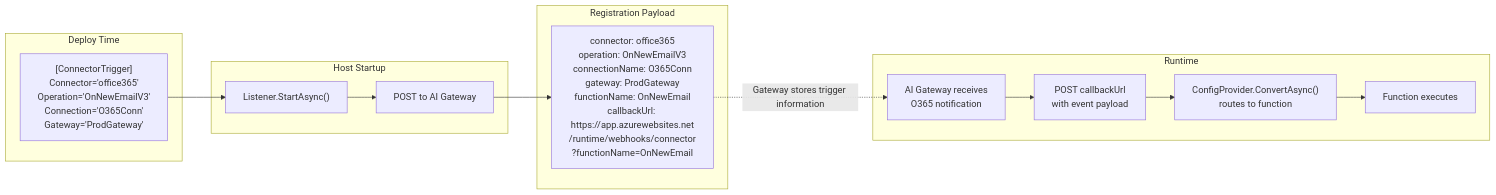
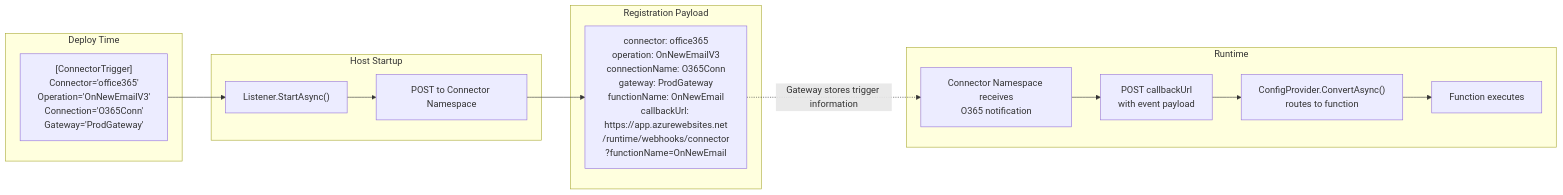
Before and after one commit to Azure/azure-functions-connector-extension: the seventh of 9 diagrams in docs/webhook-auto-registration-design.md, drawn with Mermaid. The commit also changed other lines of this file and 3 other files, not shown here.

````diff
--- a/docs/webhook-auto-registration-design.md
+++ b/docs/webhook-auto-registration-design.md
@@ -230,26 +236,26 @@
 ```mermaid
 flowchart LR
     subgraph "Deploy Time"
         A["[ConnectorTrigger]<br/>Connector='office365'<br/>Operation='OnNewEmailV3'<br/>Connection='O365Conn'<br/>Gateway='ProdGateway'"]
     end
 
     subgraph "Host Startup"
         B["Listener.StartAsync()"]
-        C["POST to AI Gateway"]
+        C["POST to Connector Namespace"]
     end
 
     subgraph "Registration Payload"
         D["connector: office365<br/>operation: OnNewEmailV3<br/>connectionName: O365Conn<br/>gateway: ProdGateway<br/>functionName: OnNewEmail<br/>callbackUrl: https://app.azurewebsites.net<br/>/runtime/webhooks/connector<br/>?functionName=OnNewEmail"]
     end
 
     subgraph "Runtime"
-        E["AI Gateway receives<br/>O365 notification"]
+        E["Connector Namespace receives<br/>O365 notification"]
         F["POST callbackUrl<br/>with event payload"]
         G["ConfigProvider.ConvertAsync()<br/>routes to function"]
         H["Function executes"]
     end
 
     A --> B --> C --> D
     D -.->|"Gateway stores trigger information"| E
     E --> F --> G --> H
 ```
````
